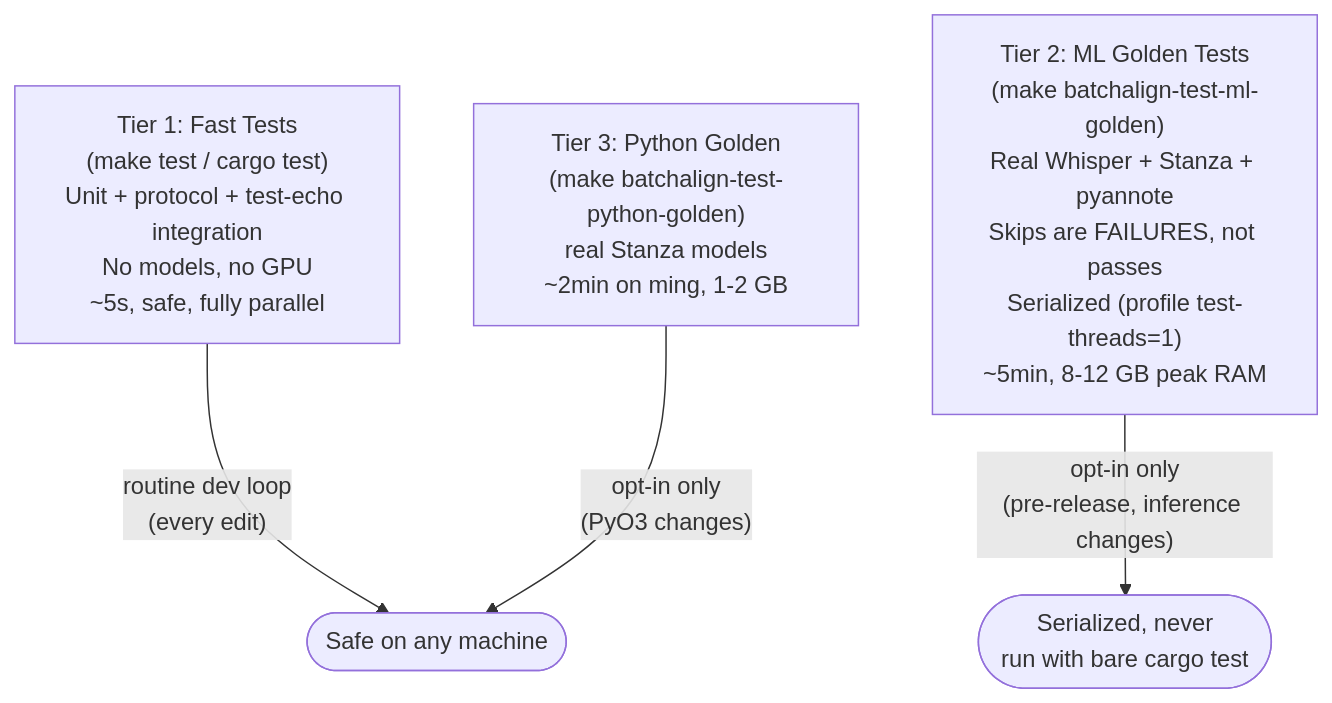
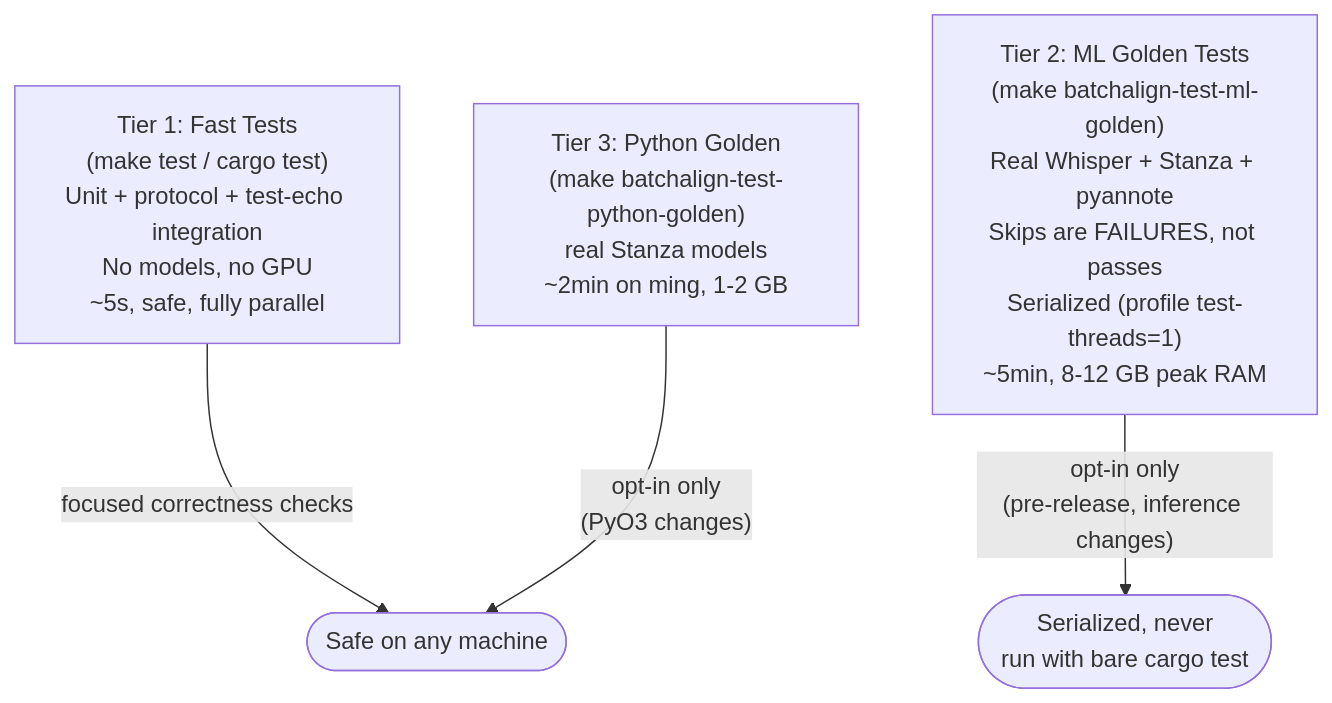
The third of 11 diagrams in book/src/batchalign/developer/testing.md (FranklinChen/talkbank-tools), drawn with Mermaid before and after one commit. The commit also changed other lines of this file and 204 other files, not shown here.

````diff
--- a/book/src/batchalign/developer/testing.md
+++ b/book/src/batchalign/developer/testing.md
@@ -129,10 +254,10 @@
 ```mermaid
 flowchart TD
     fast["Tier 1: Fast Tests\n(make test / cargo test)\nUnit + protocol + test-echo integration\nNo models, no GPU\n~5s, safe, fully parallel"]
     ml["Tier 2: ML Golden Tests\n(make batchalign-test-ml-golden)\nReal Whisper + Stanza + pyannote\nSkips are FAILURES, not passes\nSerialized (profile test-threads=1)\n~5min, 8-12 GB peak RAM"]
     pygolden["Tier 3: Python Golden\n(make batchalign-test-python-golden)\nreal Stanza models\n~2min on ming, 1-2 GB"]
 
-    fast -->|"routine dev loop\n(every edit)"| safe(["Safe on any machine"])
+    fast -->|"focused correctness checks"| safe(["Safe on any machine"])
     ml -->|"opt-in only\n(pre-release, inference changes)"| danger(["Serialized, never\nrun with bare cargo test"])
     pygolden -->|"opt-in only\n(PyO3 changes)"| safe
 ```
````
